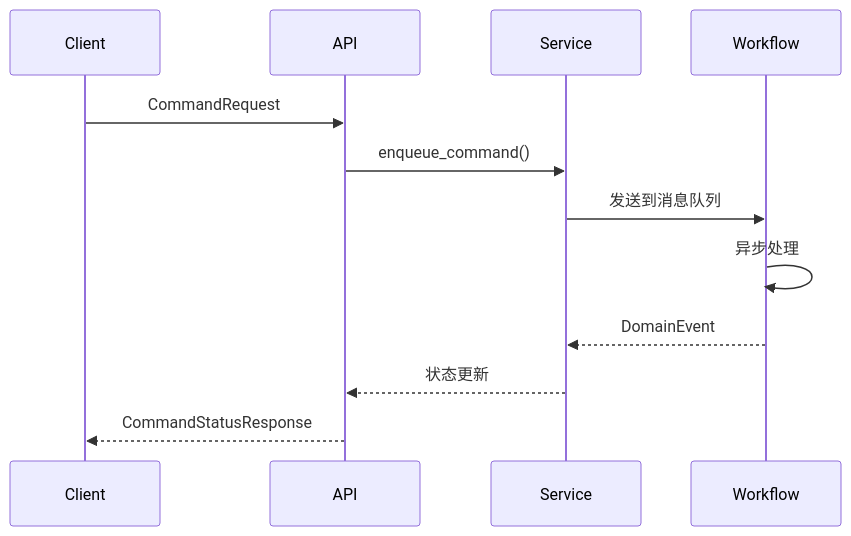
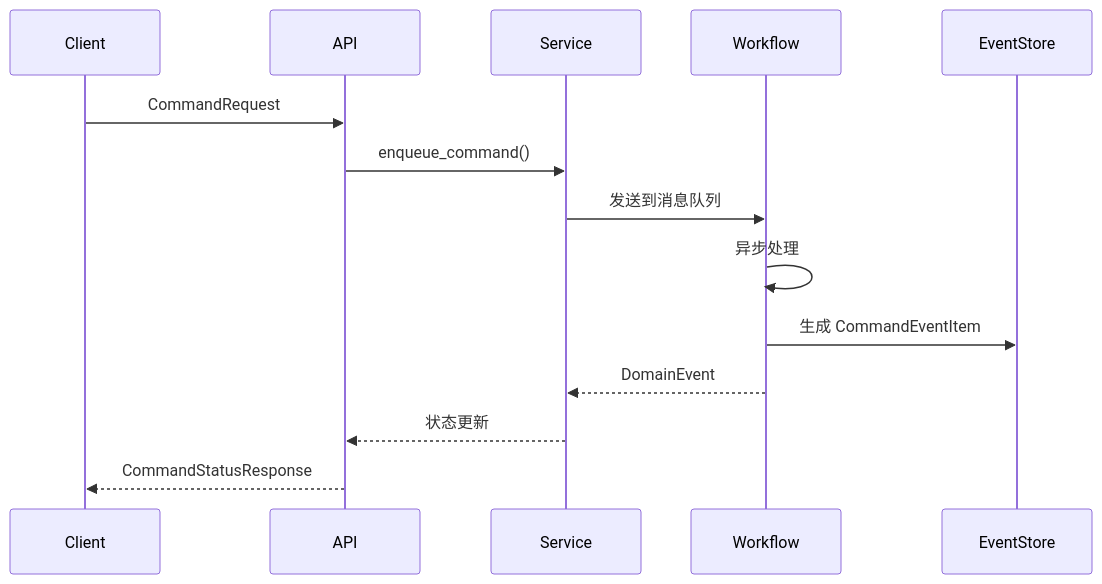
The third of 4 diagrams in apps/backend/src/schemas/novel/dialogue/README.md (zhiyue/infinite-scribe), drawn with Mermaid before and after one commit. The commit also changed other lines of this file, not shown here.

````diff
--- a/apps/backend/src/schemas/novel/dialogue/README.md
+++ b/apps/backend/src/schemas/novel/dialogue/README.md
@@ -198,15 +216,17 @@
 ```mermaid
 sequenceDiagram
     participant C as Client
     participant A as API
     participant S as Service
     participant W as Workflow
+    participant E as EventStore
     
     C->>A: CommandRequest
     A->>S: enqueue_command()
     S->>W: 发送到消息队列
     W->>W: 异步处理
+    W->>E: 生成 CommandEventItem
     W-->>S: DomainEvent
     S-->>A: 状态更新
     A-->>C: CommandStatusResponse
 ```
````
